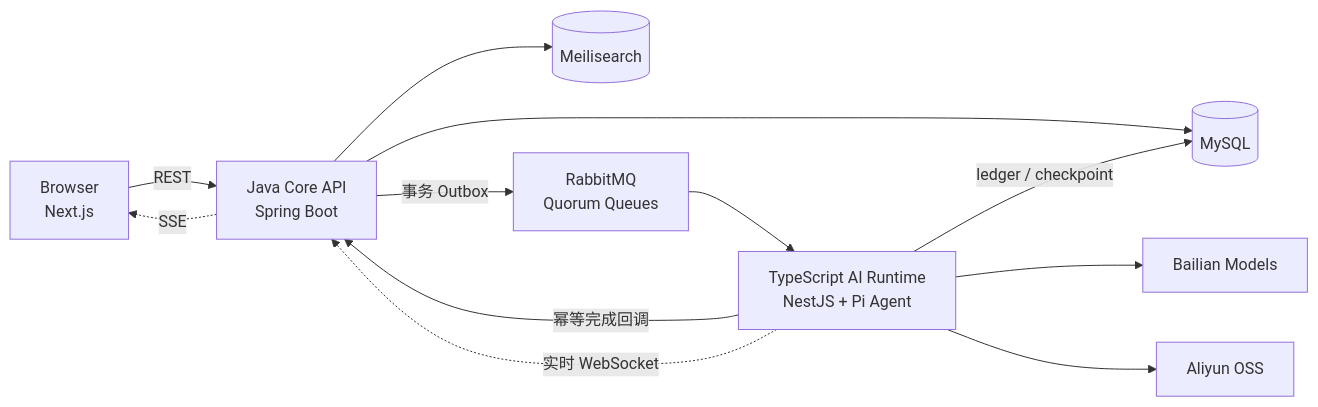
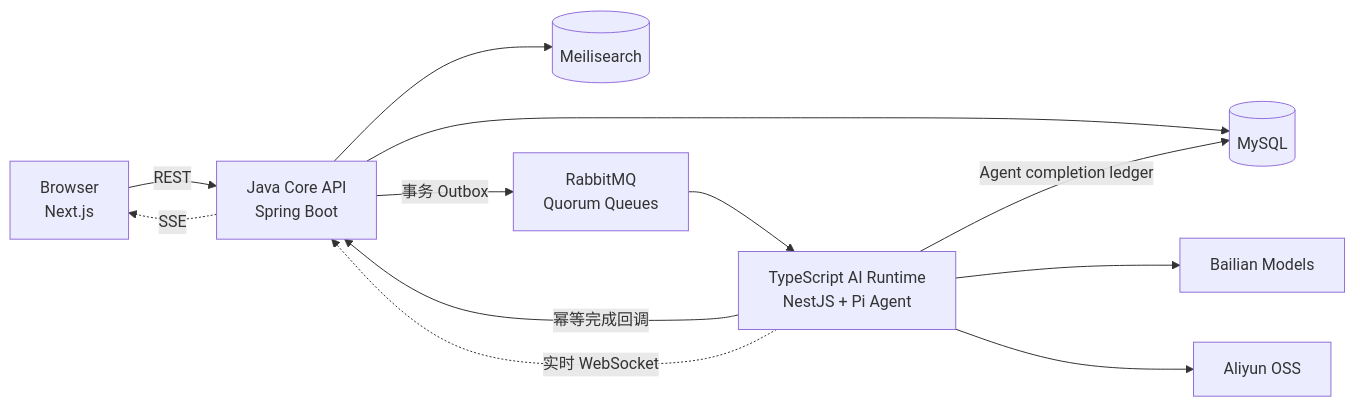
One commit to superzheng777/AiVista changed the diagram in README.md. Above: the diagram before and after it, drawn with Mermaid. The commit also changed other lines of this file and 191 other files, not shown here.

````diff
--- a/README.md
+++ b/README.md
@@ -48,14 +48,14 @@
 ```mermaid
 flowchart LR
     browser["Browser<br/>Next.js"] -->|"REST"| core["Java Core API<br/>Spring Boot"]
     core --> mysql[(MySQL)]
     core --> meili[(Meilisearch)]
     core -->|"事务 Outbox"| rabbit["RabbitMQ<br/>Quorum Queues"]
     rabbit --> worker["TypeScript AI Runtime<br/>NestJS + Pi Agent"]
-    worker -->|"ledger / checkpoint"| mysql
+    worker -->|"Agent completion ledger"| mysql
     worker --> bailian["Bailian Models"]
     worker --> oss["Aliyun OSS"]
     worker -->|"幂等完成回调"| core
     worker -. "实时 WebSocket" .-> core
     core -. "SSE" .-> browser
 ```
````
